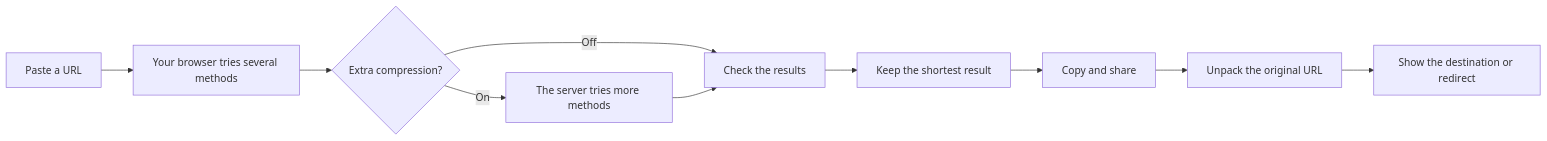
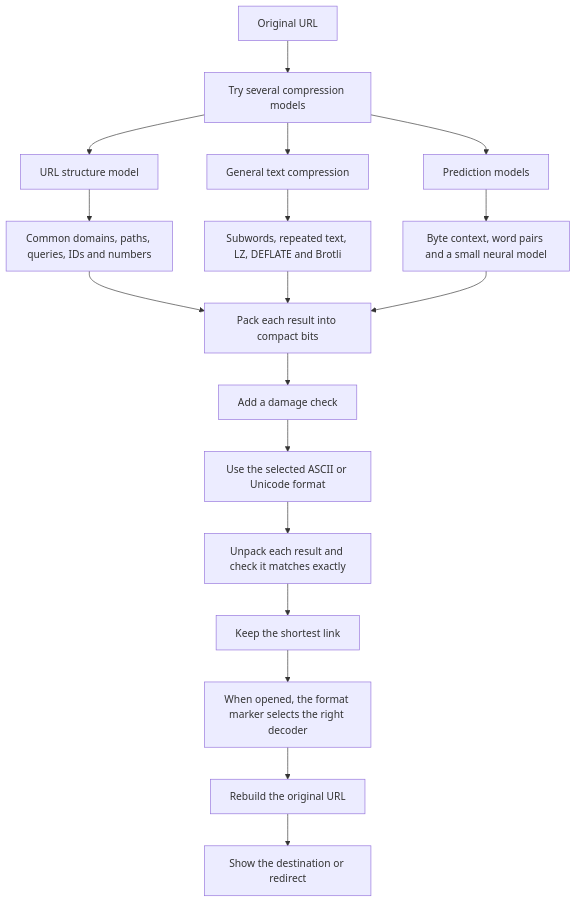
Before and after one commit to avkean/pi.sg: the diagram in README.md, drawn with Mermaid. The commit also changed other lines of this file, not shown here.

Commit message:
Explain compression

````diff
--- a/README.md
+++ b/README.md
@@ -24,12 +26,25 @@
 ```mermaid
-flowchart LR
-    A[Paste a URL] --> B[Your browser tries several methods]
-    B --> C{Extra compression?}
-    C -->|Off| E[Check the results]
-    C -->|On| D[The server tries more methods]
-    D --> E
-    E --> F[Keep the shortest result]
-    F --> G[Copy and share]
-    G --> H[Unpack the original URL]
-    H --> I[Show the destination or redirect]
+flowchart TD
+    A[Original URL] --> B[Try several compression models]
+
+    B --> C[URL structure model]
+    B --> D[General text compression]
+    B --> E[Prediction models]
+
+    C --> C1[Common domains, paths, queries, IDs and numbers]
+    D --> D1[Subwords, repeated text, LZ, DEFLATE and Brotli]
+    E --> E1[Byte context, word pairs and a small neural model]
+
+    C1 --> F[Pack each result into compact bits]
+    D1 --> F
+    E1 --> F
+
+    F --> G[Add a damage check]
+    G --> H[Use the selected ASCII or Unicode format]
+    H --> I[Unpack each result and check it matches exactly]
+    I --> J[Keep the shortest link]
+
+    J --> K[When opened, the format marker selects the right decoder]
+    K --> L[Rebuild the original URL]
+    L --> M[Show the destination or redirect]
 ```
````
